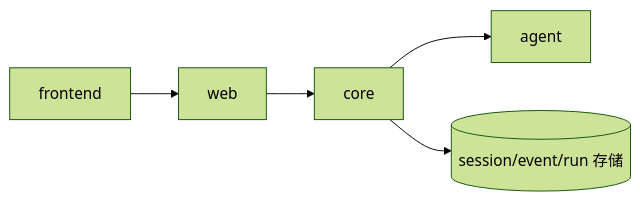
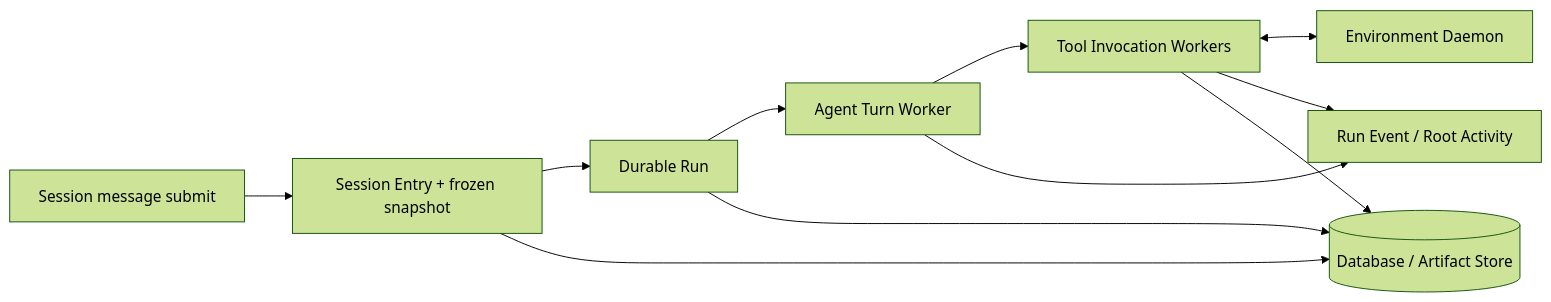
The diagram in docs/technical-solution/cloud-embedded-agent-runtime.md (fengwk/kk-studio), drawn with Mermaid (forest theme) before and after one commit. The commit also changed other lines of this file and 11 other files, not shown here.

Commit message:
docs: align architecture with Harness runtime

````diff
--- a/docs/technical-solution/cloud-embedded-agent-runtime.md
+++ b/docs/technical-solution/cloud-embedded-agent-runtime.md
@@ -17,13 +7,20 @@
 ```mermaid
 flowchart LR
-    Frontend[frontend]
-    Web[web]
-    Core[core]
-    Agent[agent]
-    Store[(session/event/run 存储)]
+    Message[Session message submit]
+    Session[Session Entry + frozen snapshot]
+    Run[Durable Run]
+    Turn[Agent Turn Worker]
+    Tool[Tool Invocation Workers]
+    Daemon[Environment Daemon]
+    Events[Run Event / Root Activity]
+    Store[(Database / Artifact Store)]
 
-    Frontend --> Web
-    Web --> Core
-    Core --> Agent
-    Core --> Store
+    Message --> Session --> Run --> Turn
+    Turn --> Tool
+    Tool <--> Daemon
+    Turn --> Events
+    Tool --> Events
+    Session --> Store
+    Run --> Store
+    Tool --> Store
 ```
````
